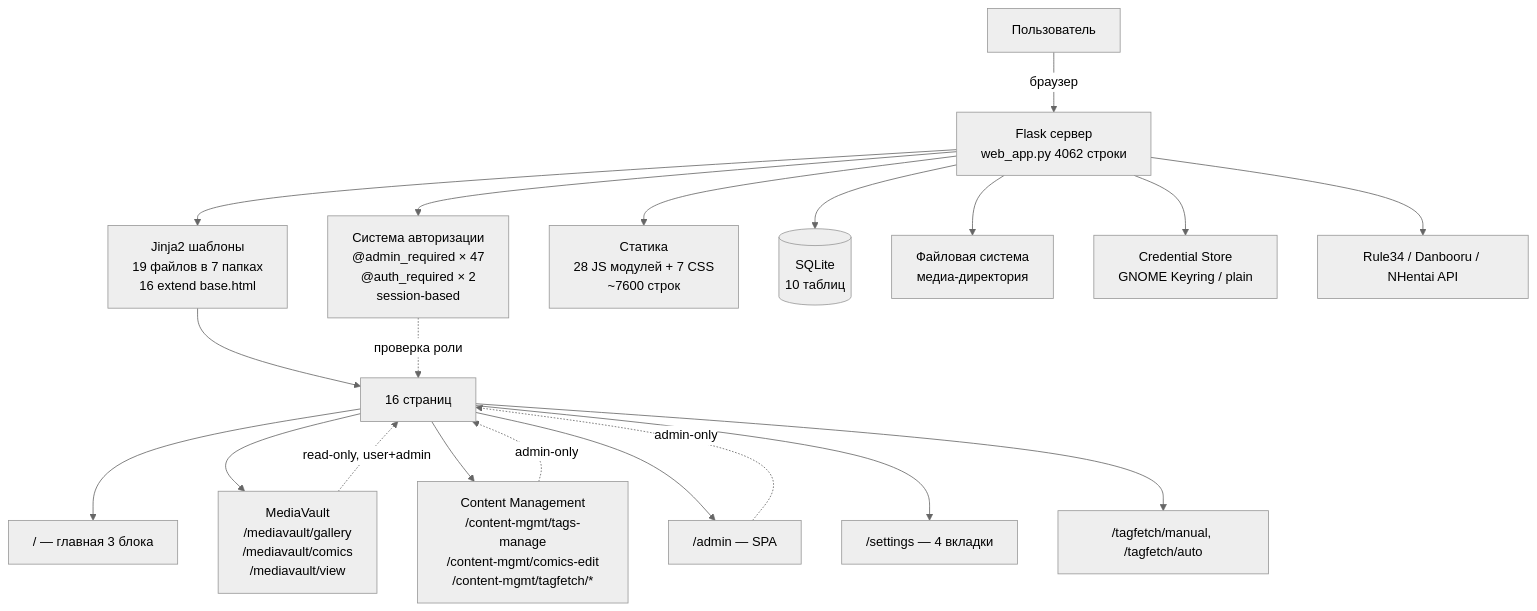
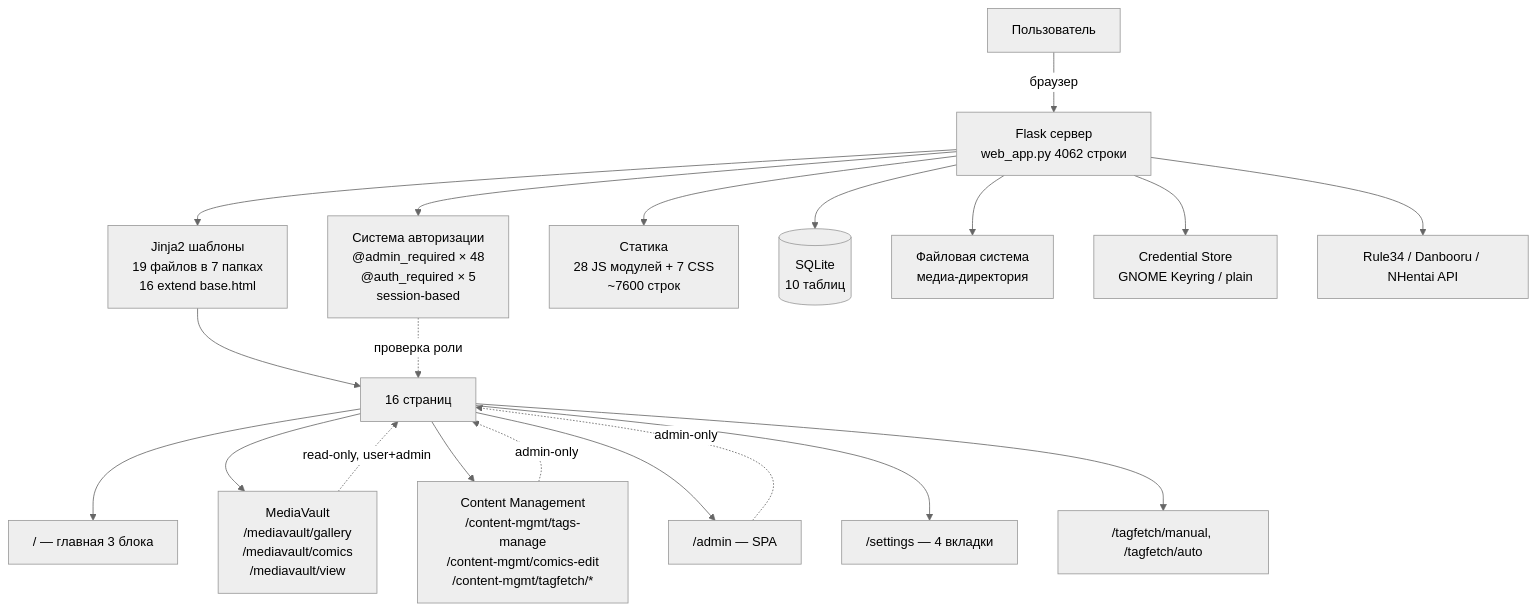
One commit to levpr1c/MediaVault changed the first of 13 diagrams in docs/code-guide.md. Above: the diagram before and after it, drawn with Mermaid (neutral theme). The commit also changed other lines of this file and 17 other files, not shown here.

````diff
--- a/docs/code-guide.md
+++ b/docs/code-guide.md
@@ -51,26 +51,26 @@
 ```mermaid
 flowchart TD
     User[Пользователь] -->|браузер| Flask[Flask сервер<br/>web_app.py 4062 строки]
     
-    Flask --> Auth[Система авторизации<br/>@admin_required × 47<br/>@auth_required × 2<br/>session-based]
+    Flask --> Auth[Система авторизации<br/>@admin_required × 48<br/>@auth_required × 5<br/>session-based]
     Flask --> Tpl[Jinja2 шаблоны<br/>19 файлов в 7 папках<br/>16 extend base.html]
     Flask --> Static[Статика<br/>28 JS модулей + 7 CSS<br/>~7600 строк]
     Flask --> DB[(SQLite<br/>10 таблиц)]
     Flask --> FS[Файловая система<br/>медиа-директория]
     Flask --> Cred[Credential Store<br/>GNOME Keyring / plain]
     Flask --> API[Rule34 / Danbooru / NHentai API]
 
     Tpl --> Pages[16 страниц]
     Pages --> Home["/ — главная 3 блока"]
     Pages --> MV[MediaVault<br/>/mediavault/gallery<br/>/mediavault/comics<br/>/mediavault/view]
     Pages --> CM[Content Management<br/>/content-mgmt/tags-manage<br/>/content-mgmt/comics-edit<br/>/content-mgmt/tagfetch/*]
     Pages --> Admin["/admin — SPA"]
     Pages --> Settings["/settings — 4 вкладки"]
     Pages --> TF["/tagfetch/manual, /tagfetch/auto"]
     
     MV -.->|read-only, user+admin| Pages
     CM -.->|admin-only| Pages
     Admin -.->|admin-only| Pages
     
     Auth -.->|проверка роли| Pages
 ```
````
